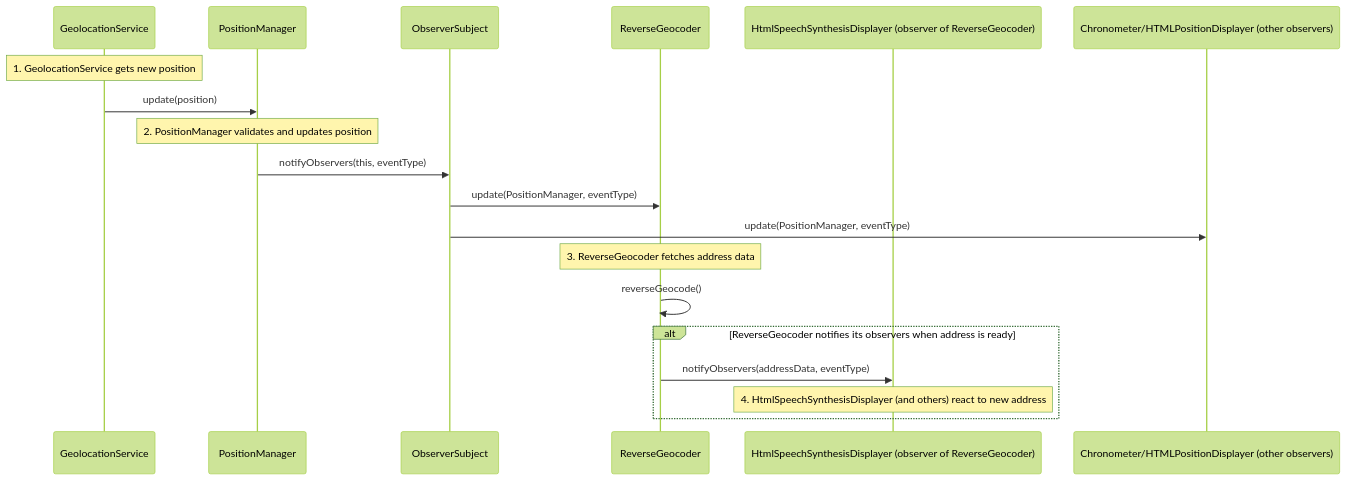
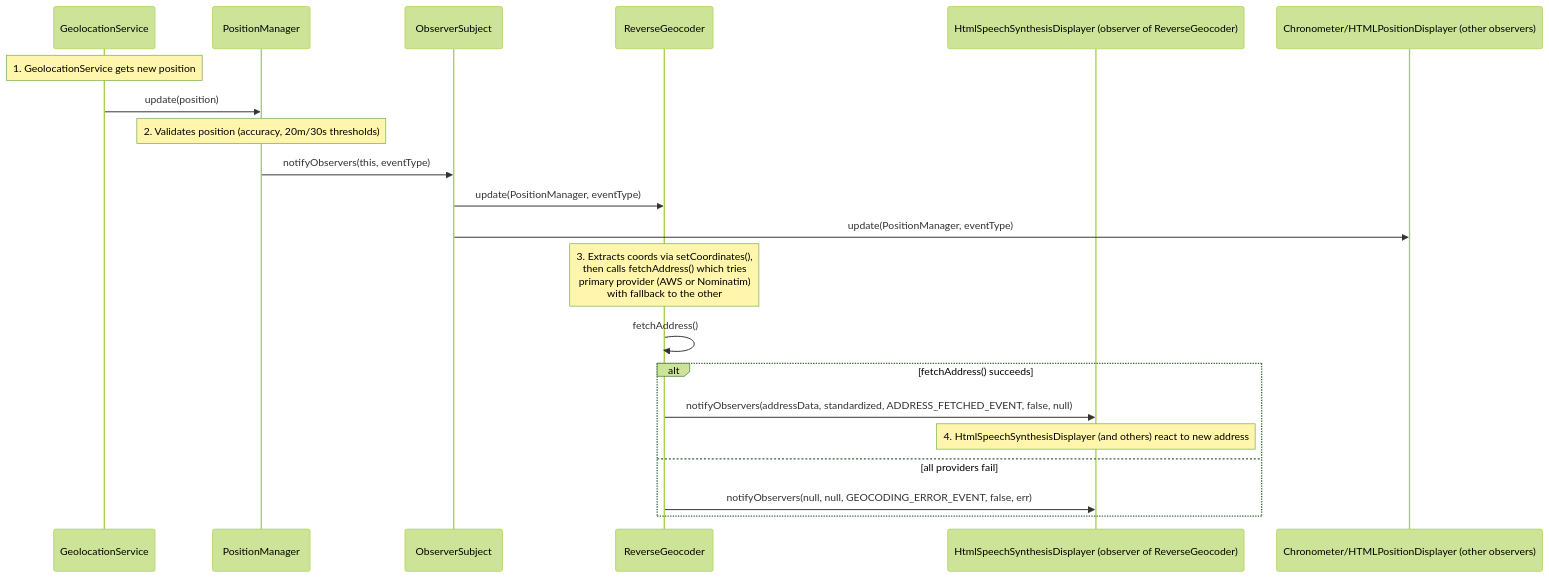
Before and after one commit to mpbarbosa/guia.js: the first of 2 diagrams in docs/architecture/observer-pattern-sequence.md, drawn with Mermaid (forest theme). The commit also changed other lines of this file and 12 other files, not shown here.

````diff
--- a/docs/architecture/observer-pattern-sequence.md
+++ b/docs/architecture/observer-pattern-sequence.md
@@ -15,21 +15,24 @@
 ```mermaid
 sequenceDiagram
     participant GeolocationService
     participant PositionManager
     participant ObserverSubject
     participant ReverseGeocoder
     participant ReverseGeocoderObs as HtmlSpeechSynthesisDisplayer (observer of ReverseGeocoder)
     participant Observer1 as Chronometer/HTMLPositionDisplayer (other observers)
+
     Note over GeolocationService: 1. GeolocationService gets new position
     GeolocationService->>PositionManager: update(position)
-    Note over PositionManager: 2. PositionManager validates and updates position
+    Note over PositionManager: 2. Validates position (accuracy, 20m/30s thresholds)
     PositionManager->>ObserverSubject: notifyObservers(this, eventType)
     ObserverSubject->>ReverseGeocoder: update(PositionManager, eventType)
     ObserverSubject->>Observer1: update(PositionManager, eventType)
-    Note over ReverseGeocoder: 3. ReverseGeocoder fetches address data
-    ReverseGeocoder->>ReverseGeocoder: reverseGeocode()
-    alt ReverseGeocoder notifies its observers when address is ready
-        ReverseGeocoder->>ReverseGeocoderObs: notifyObservers(addressData, eventType)
+    Note over ReverseGeocoder: 3. Extracts coords via setCoordinates(),<br/>then calls fetchAddress() which tries<br/>primary provider (AWS or Nominatim)<br/>with fallback to the other
+    ReverseGeocoder->>ReverseGeocoder: fetchAddress()
+    alt fetchAddress() succeeds
+        ReverseGeocoder->>ReverseGeocoderObs: notifyObservers(addressData, standardized, ADDRESS_FETCHED_EVENT, false, null)
         Note over ReverseGeocoderObs: 4. HtmlSpeechSynthesisDisplayer (and others) react to new address
+    else all providers fail
+        ReverseGeocoder->>ReverseGeocoderObs: notifyObservers(null, null, GEOCODING_ERROR_EVENT, false, err)
     end
 ```
````
